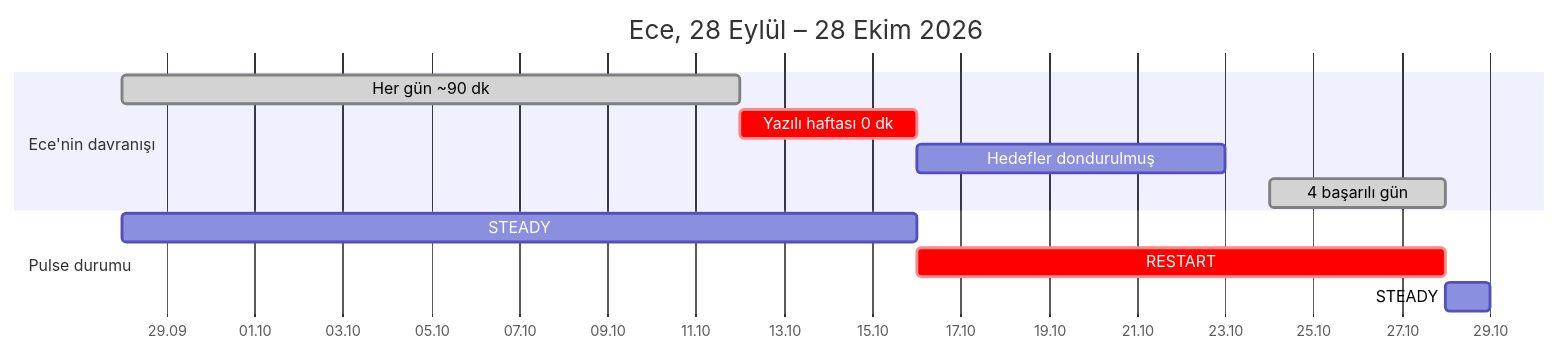
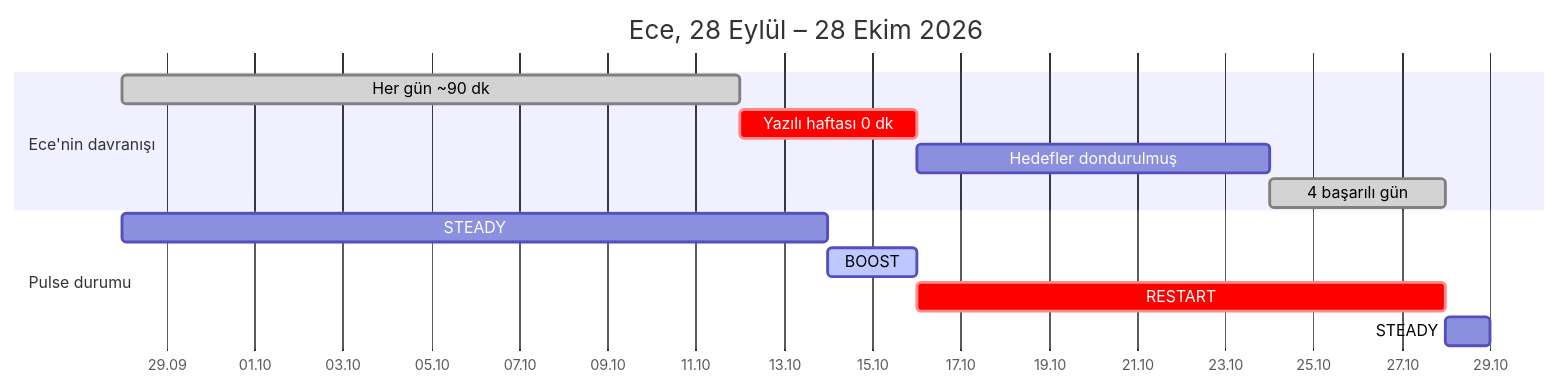
The diagram in docs/example-scenario-restart-journey.md (Losdreyfedus/doping-pulse), drawn with Mermaid before and after one commit. The commit also changed other lines of this file and 6 other files, not shown here.

````diff
--- a/docs/example-scenario-restart-journey.md
+++ b/docs/example-scenario-restart-journey.md
@@ -24,15 +24,16 @@
 ```mermaid
 gantt
     title Ece, 28 Eylül – 28 Ekim 2026
     dateFormat YYYY-MM-DD
     axisFormat %d.%m
     section Ece'nin davranışı
     Her gün ~90 dk         :done, b1, 2026-09-28, 14d
     Yazılı haftası 0 dk    :crit, b2, 2026-10-12, 4d
-    Hedefler dondurulmuş   :b3, 2026-10-16, 7d
+    Hedefler dondurulmuş   :b3, 2026-10-16, 8d
     4 başarılı gün         :done, b4, 2026-10-24, 4d
     section Pulse durumu
-    STEADY                 :s1, 2026-09-28, 18d
+    STEADY                 :s1, 2026-09-28, 16d
+    BOOST                  :active, s1b, 2026-10-14, 2d
     RESTART                :crit, s2, 2026-10-16, 12d
     STEADY                 :s3, 2026-10-28, 1d
 ```
````
